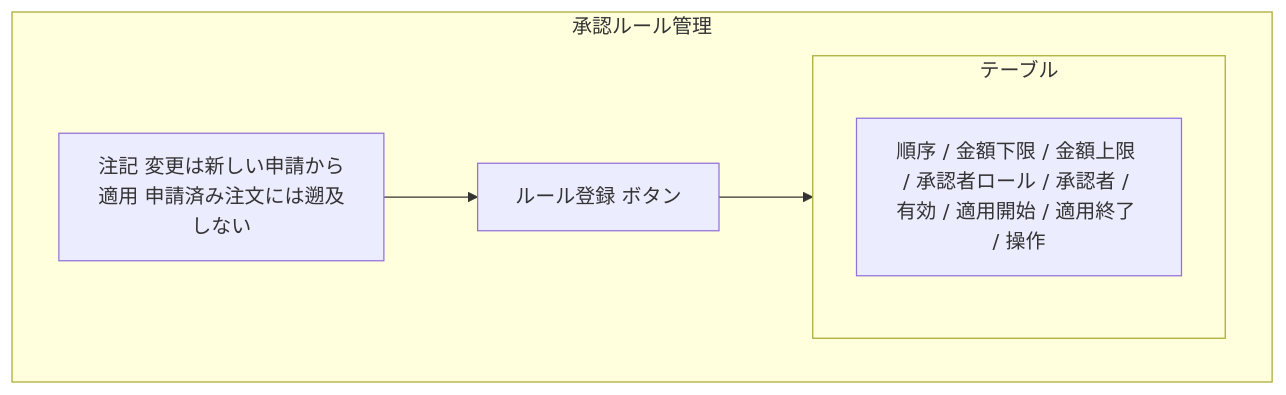
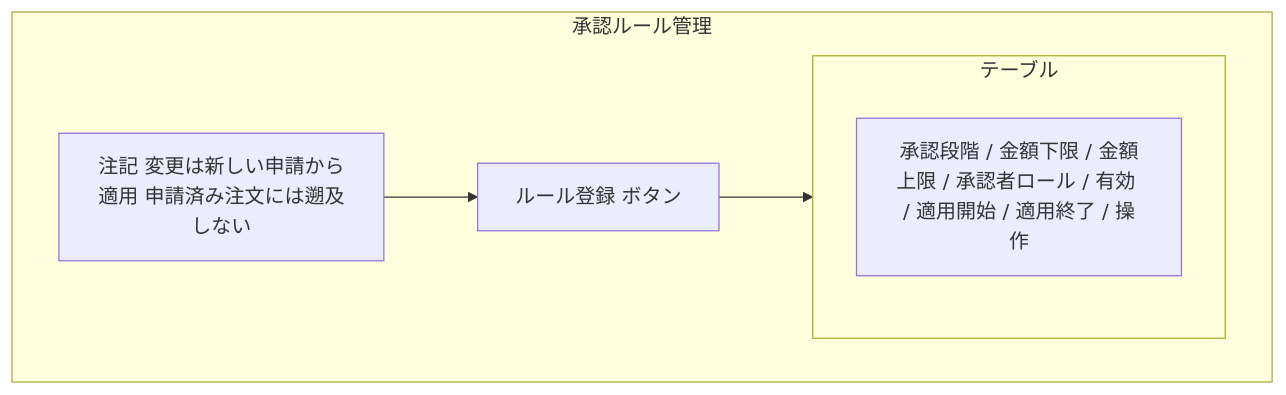
One commit to quyangboxjob/DDMSAA changed the second of 2 diagrams in docs/基本設計/業務設計/approval/spec-approval-screen-ui.md. Above: the diagram before and after it, drawn with Mermaid. The commit also changed other lines of this file and 48 other files, not shown here.

````diff
--- a/docs/基本設計/業務設計/approval/spec-approval-screen-ui.md
+++ b/docs/基本設計/業務設計/approval/spec-approval-screen-ui.md
@@ -50,11 +51,11 @@
 ```mermaid
 flowchart TB
   subgraph P[承認ルール管理]
     N[注記 変更は新しい申請から適用 申請済み注文には遡及しない]
     A[ルール登録 ボタン]
     subgraph T[テーブル]
-      TH[順序 / 金額下限 / 金額上限 / 承認者ロール / 承認者 / 有効 / 適用開始 / 適用終了 / 操作]
+      TH[承認段階 / 金額下限 / 金額上限 / 承認者ロール / 有効 / 適用開始 / 適用終了 / 操作]
     end
   end
   N --> A --> T
 ```
````
